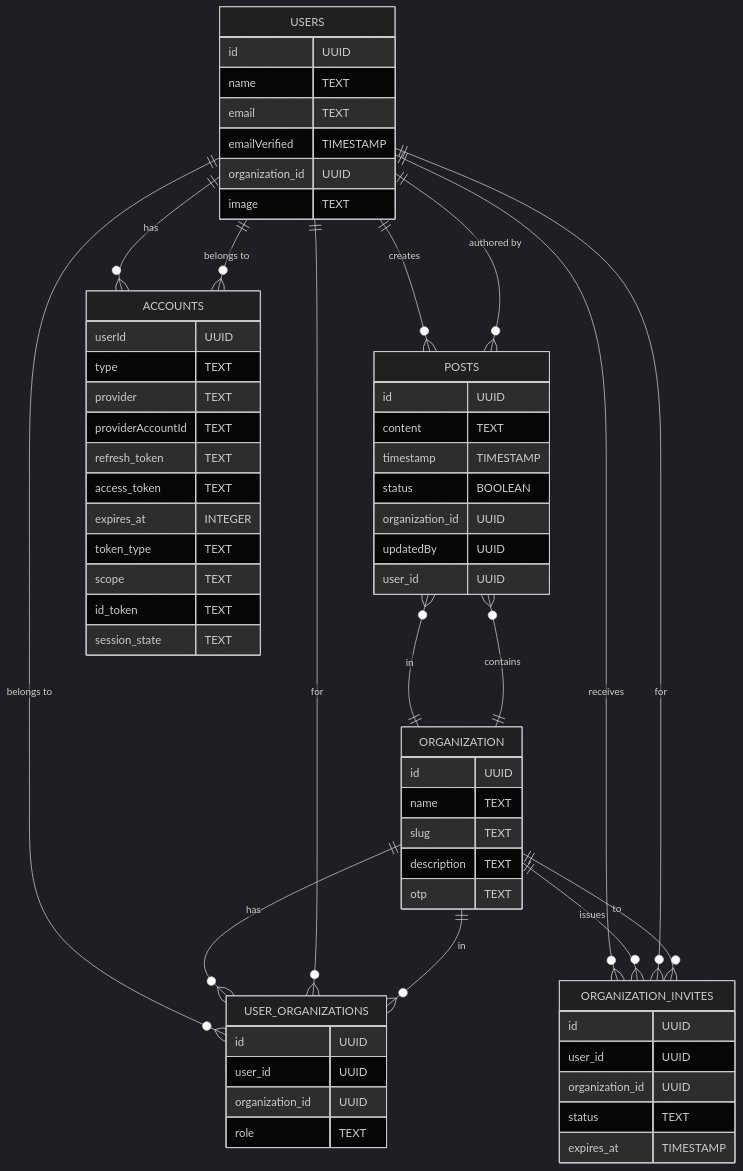
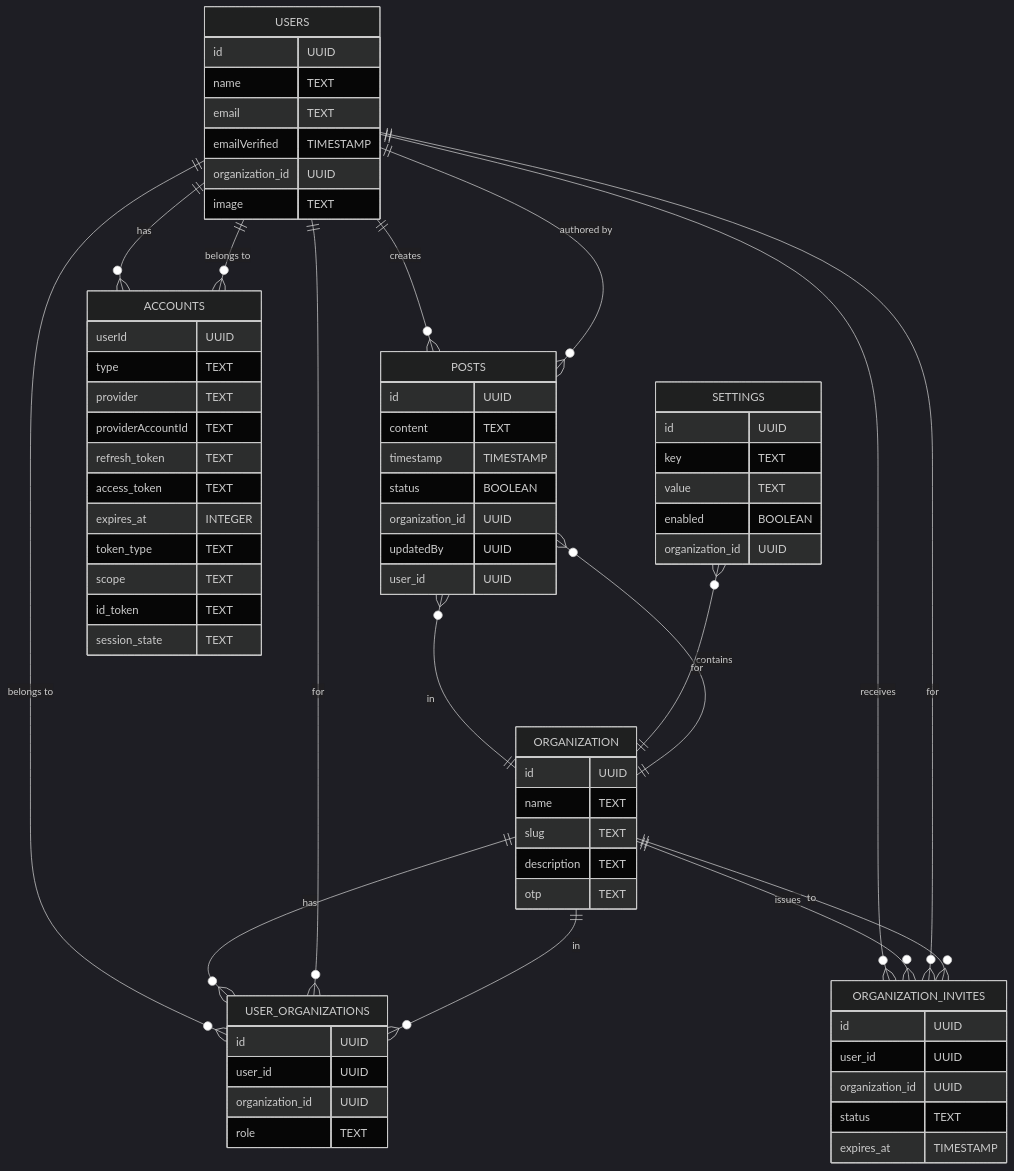
The first of 3 diagrams in README.md (caiotheodoro/taskcircle), drawn with Mermaid (dark theme) before and after one commit.

Commit message:
docs: ✏️ readme

````diff
--- a/README.md
+++ b/README.md
@@ -11,73 +11,83 @@
 ```mermaid
 erDiagram
   USERS  {
     id UUID
     name TEXT
     email TEXT
     emailVerified TIMESTAMP
     organization_id UUID
     image TEXT
   }
 
   ORGANIZATION {
     id UUID
     name TEXT
     slug TEXT
     description TEXT
     otp TEXT
   }
 
   USER_ORGANIZATIONS {
     id UUID
     user_id UUID
     organization_id UUID
     role TEXT
   }
 
   POSTS {
     id UUID
     content TEXT
     timestamp TIMESTAMP
     status BOOLEAN
     organization_id UUID
     updatedBy UUID
     user_id UUID
   }
 
   ACCOUNTS {
     userId UUID
     type TEXT
     provider TEXT
     providerAccountId TEXT
     refresh_token TEXT
     access_token TEXT
     expires_at INTEGER
     token_type TEXT
     scope TEXT
     id_token TEXT
     session_state TEXT
   }
 
   ORGANIZATION_INVITES {
     id UUID
     user_id UUID
     organization_id UUID
     status TEXT
     expires_at TIMESTAMP
   }
 
+  SETTINGS {
+    id UUID
+    key TEXT
+    value TEXT
+    enabled BOOLEAN
+    organization_id UUID
+  }
+
   USERS ||--o{ POSTS : "creates"
   USERS ||--o{ USER_ORGANIZATIONS : "belongs to"
   USERS ||--o{ ORGANIZATION_INVITES : "receives"
   USERS ||--o{ ACCOUNTS : "has"
   ORGANIZATION ||--o{ POSTS : "contains"
   ORGANIZATION ||--o{ USER_ORGANIZATIONS : "has"
   ORGANIZATION ||--o{ ORGANIZATION_INVITES : "issues"
   POSTS }o--|| USERS : "authored by"
   POSTS }o--|| ORGANIZATION : "in"
   USER_ORGANIZATIONS }o--|| USERS : "for"
   USER_ORGANIZATIONS }o--|| ORGANIZATION : "in"
   ORGANIZATION_INVITES }o--|| USERS : "for"
   ORGANIZATION_INVITES }o--|| ORGANIZATION : "to"
   ACCOUNTS }o--|| USERS : "belongs to"
+  SETTINGS }o--|| ORGANIZATION : "for"
+
 ```
````
